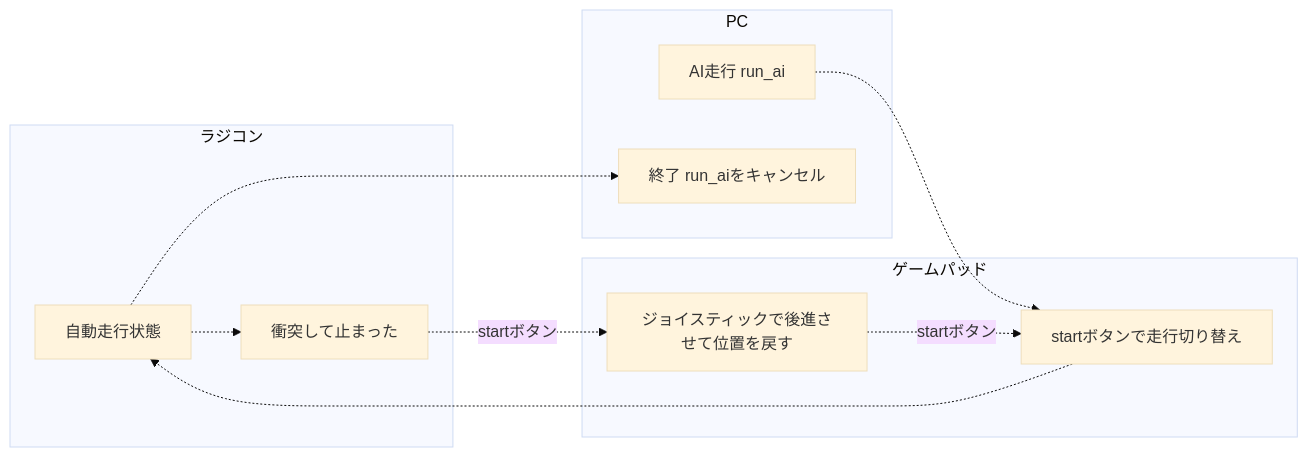
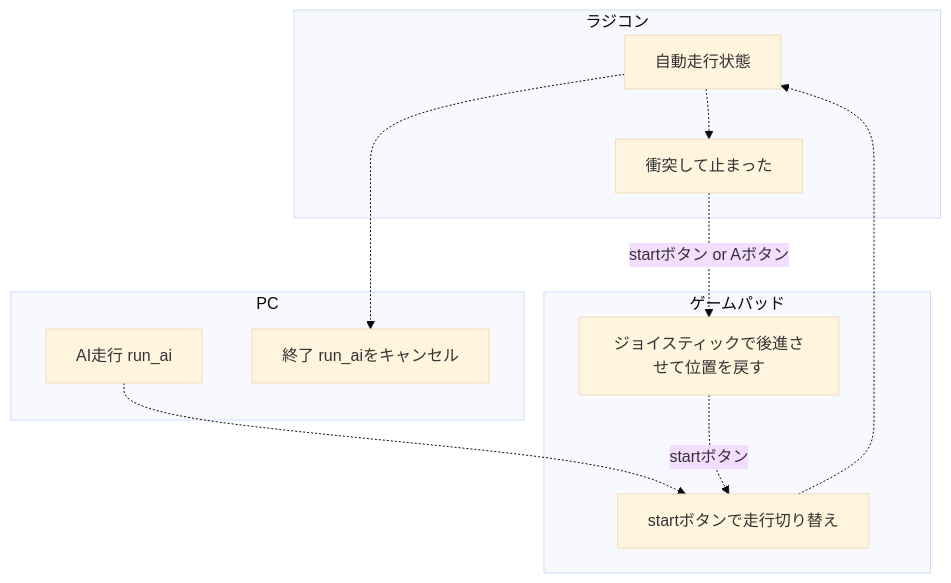
One commit to KwikHangout/AI-RC changed the fourth of 6 diagrams in SkipCity2024/doc/content/environment/jetson.md. Above: the diagram before and after it, drawn with Mermaid (base theme). The commit also changed other lines of this file and 2 other files, not shown here.

````diff
--- a/SkipCity2024/doc/content/environment/jetson.md
+++ b/SkipCity2024/doc/content/environment/jetson.md
@@ -125,25 +133,25 @@
     ```mermaid
-    graph LR
+    graph TB
 
     subgraph ラジコン
       stateOK[自動走行状態]
       stateNG[衝突して止まった]
     end
 
     subgraph PC
       auto[AI走行 run_ai]
       stop[終了 run_aiをキャンセル]
     end
 
     subgraph ゲームパッド
       drive[startボタンで走行切り替え]
       userangle[ジョイスティックで後進させて位置を戻す]
     end
 
     auto -.->drive
     drive-.->stateOK
     stateOK -.->stateNG
-    stateNG -. startボタン.->userangle
+    stateNG -. startボタン or Aボタン.->userangle
     userangle -.startボタン.-> drive
     stateOK -.-> stop
     ```
````
